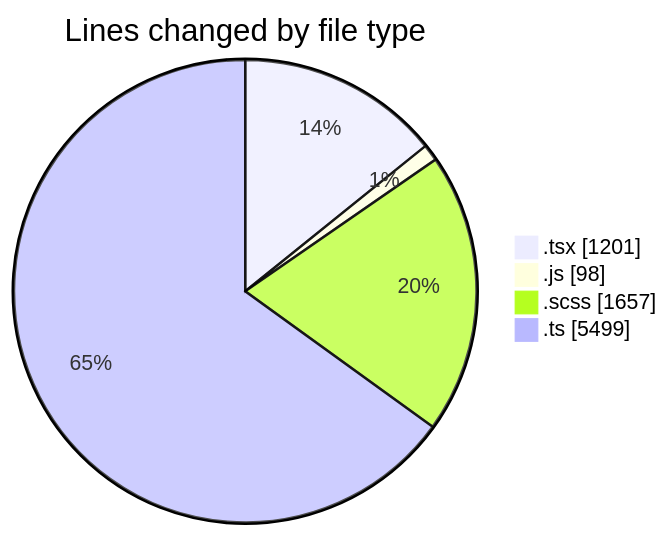
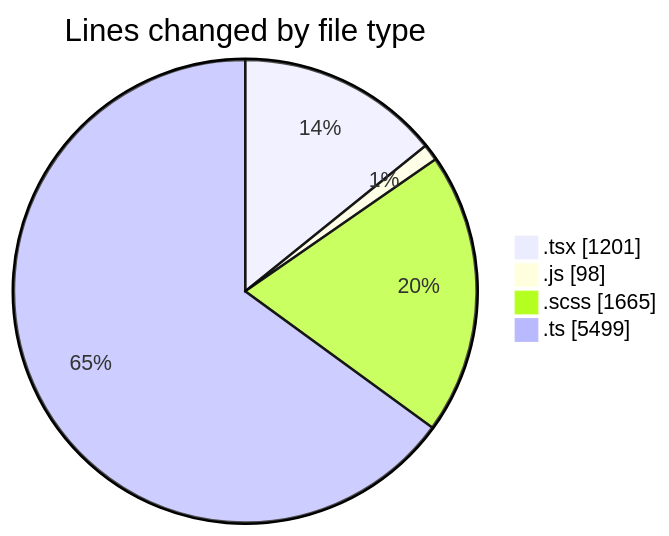
Before and after one commit to momahboobian/code-tracking: the first of 2 diagrams in 2025-03-31/cda/README.md, drawn with Mermaid. The commit also changed other lines of this file and 1 other file, not shown here.

````diff
--- a/2025-03-31/cda/README.md
+++ b/2025-03-31/cda/README.md
@@ -39,8 +39,8 @@
 ```mermaid
 pie showData
 title Lines changed by file type
 ".tsx" : 1201
 ".js" : 98
-".scss" : 1657
+".scss" : 1665
 ".ts" : 5499
 ```
````
